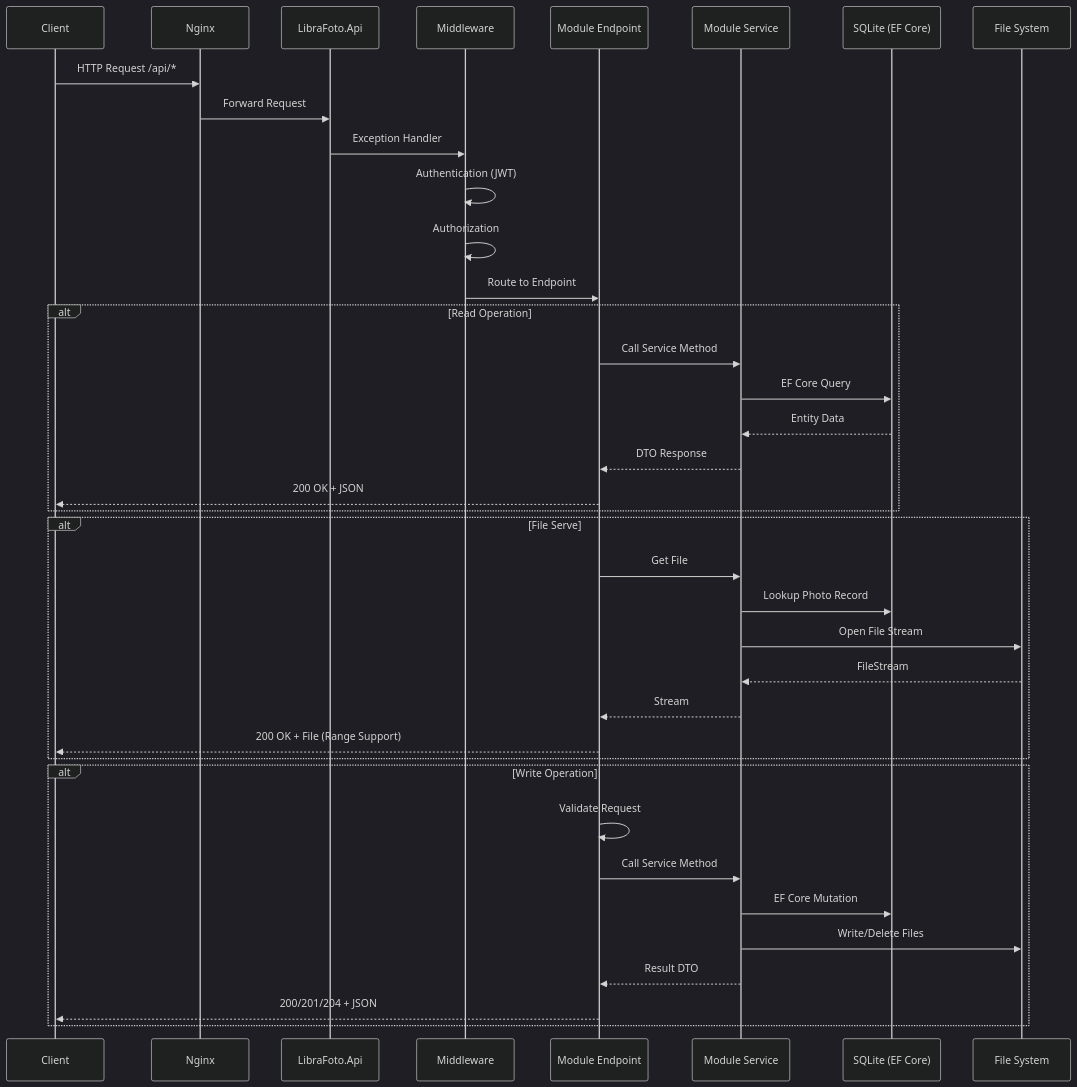
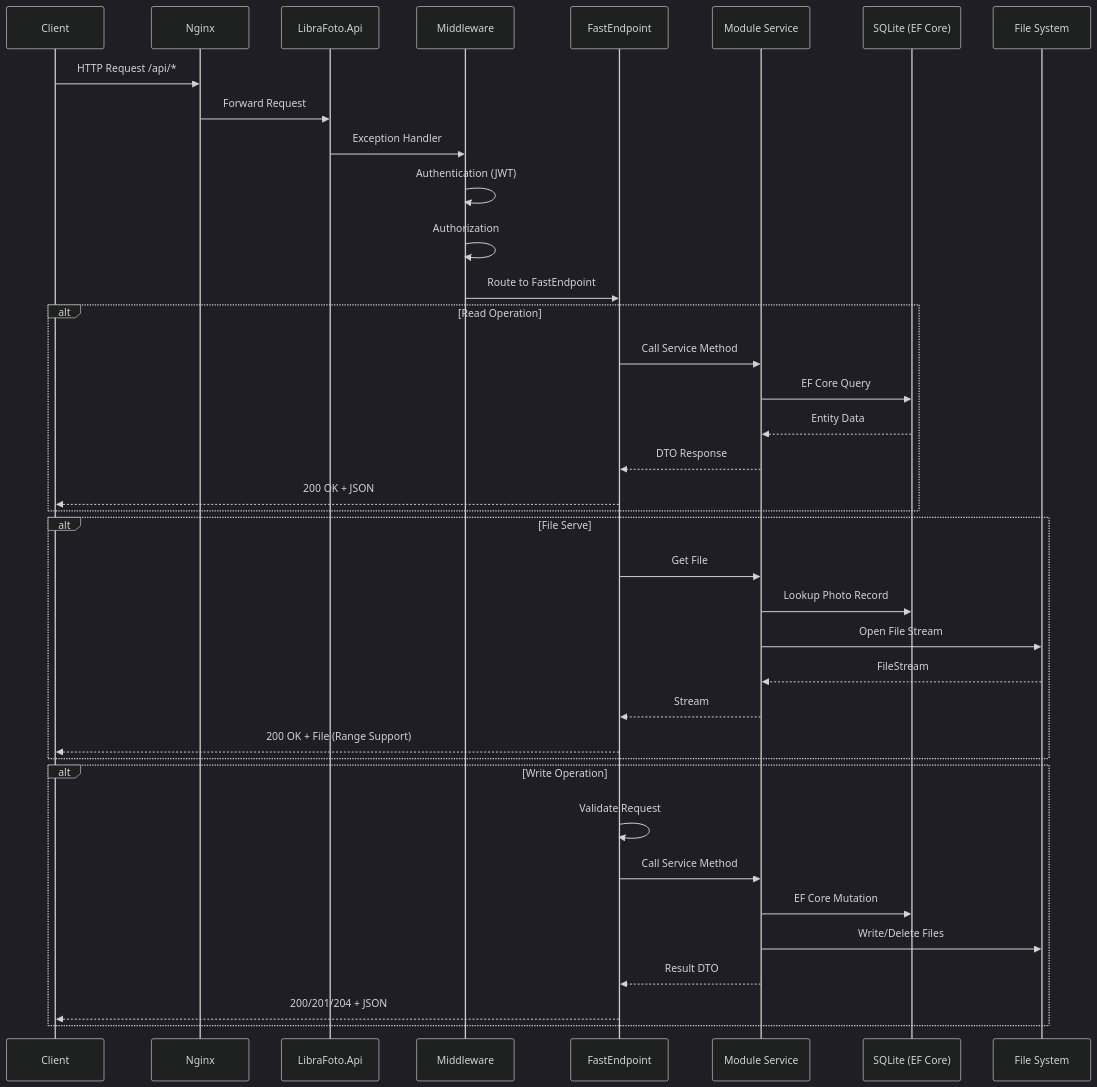
The second of 4 diagrams in docs/api/architecture-overview.md (joelmeaders/LibraFoto), drawn with Mermaid (dark theme) before and after one commit. The commit also changed other lines of this file and 299 other files, not shown here.

````diff
--- a/docs/api/architecture-overview.md
+++ b/docs/api/architecture-overview.md
@@ -99,44 +109,44 @@
 ```mermaid
 sequenceDiagram
     participant Client
     participant Nginx
     participant API as LibraFoto.Api
     participant MW as Middleware
-    participant Module as Module Endpoint
+    participant Module as FastEndpoint
     participant Service as Module Service
     participant DB as SQLite (EF Core)
     participant FS as File System
 
     Client->>Nginx: HTTP Request /api/*
     Nginx->>API: Forward Request
     API->>MW: Exception Handler
     MW->>MW: Authentication (JWT)
     MW->>MW: Authorization
-    MW->>Module: Route to Endpoint
+    MW->>Module: Route to FastEndpoint
 
     alt Read Operation
         Module->>Service: Call Service Method
         Service->>DB: EF Core Query
         DB-->>Service: Entity Data
         Service-->>Module: DTO Response
         Module-->>Client: 200 OK + JSON
     end
 
     alt File Serve
         Module->>Service: Get File
         Service->>DB: Lookup Photo Record
         Service->>FS: Open File Stream
         FS-->>Service: FileStream
         Service-->>Module: Stream
         Module-->>Client: 200 OK + File (Range Support)
     end
 
     alt Write Operation
         Module->>Module: Validate Request
         Module->>Service: Call Service Method
         Service->>DB: EF Core Mutation
         Service->>FS: Write/Delete Files
         Service-->>Module: Result DTO
         Module-->>Client: 200/201/204 + JSON
     end
 ```
````
